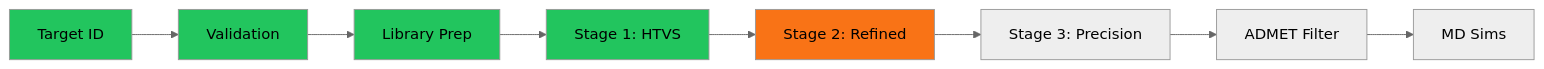
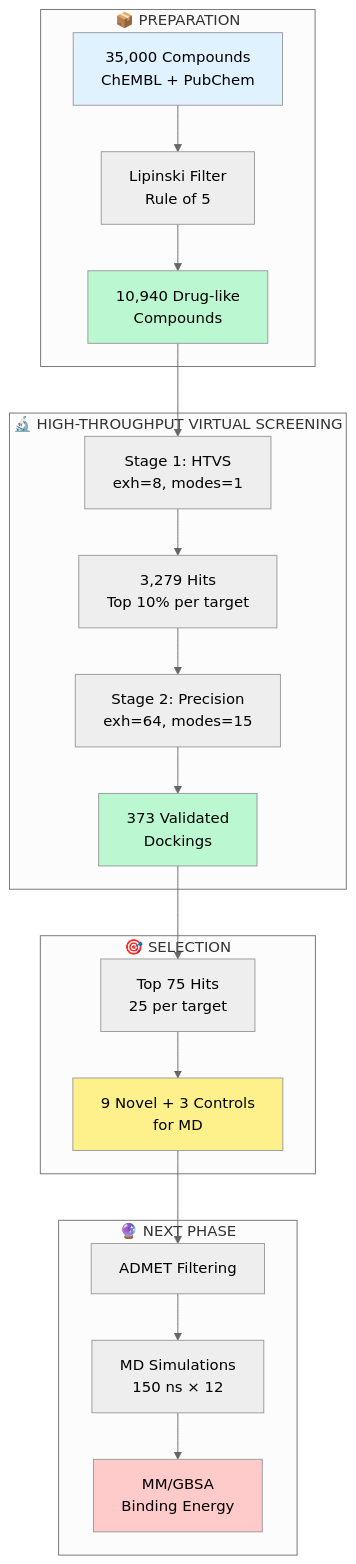
Before and after one commit to Ayush75-code/GPR55-Antagonist-Discovery: the diagram in README.md, drawn with Mermaid (neutral theme). The commit also changed other lines of this file and 1 other file, not shown here.

First line of the commit message:
feat: Add HTVS final results and update README with complete workflow

````diff
--- a/README.md
+++ b/README.md
@@ -18,16 +26,31 @@
 ```mermaid
-flowchart LR
-    A[Target ID] --> B[Validation]
-    B --> C[Library Prep]
-    C --> D[Stage 1: HTVS]
-    D --> E[Stage 2: Refined]
-    E --> F[Stage 3: Precision]
-    F --> G[ADMET Filter]
-    G --> H[MD Sims]
+flowchart TD
+    subgraph PREP["📦 PREPARATION"]
+        A[35,000 Compounds<br/>ChEMBL + PubChem] --> B[Lipinski Filter<br/>Rule of 5]
+        B --> C[10,940 Drug-like<br/>Compounds]
+    end
     
-    style A fill:#22c55e
-    style B fill:#22c55e
-    style C fill:#22c55e
-    style D fill:#22c55e
-    style E fill:#f97316
+    subgraph HTVS["🔬 HIGH-THROUGHPUT VIRTUAL SCREENING"]
+        C --> D[Stage 1: HTVS<br/>exh=8, modes=1]
+        D --> E[3,279 Hits<br/>Top 10% per target]
+        E --> F[Stage 2: Precision<br/>exh=64, modes=15]
+        F --> G[373 Validated<br/>Dockings]
+    end
+    
+    subgraph SELECT["🎯 SELECTION"]
+        G --> H[Top 75 Hits<br/>25 per target]
+        H --> I[9 Novel + 3 Controls<br/>for MD]
+    end
+    
+    subgraph NEXT["🔮 NEXT PHASE"]
+        I --> J[ADMET Filtering]
+        J --> K[MD Simulations<br/>150 ns × 12]
+        K --> L[MM/GBSA<br/>Binding Energy]
+    end
+    
+    style A fill:#e0f2fe
+    style C fill:#bbf7d0
+    style G fill:#bbf7d0
+    style I fill:#fef08a
+    style L fill:#fecaca
 ```
````
